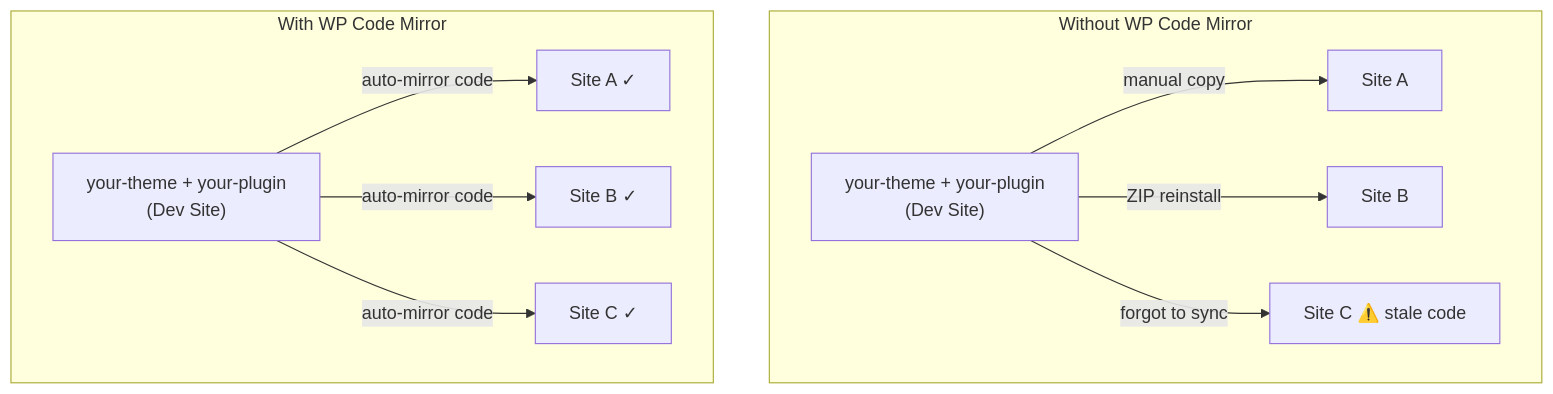
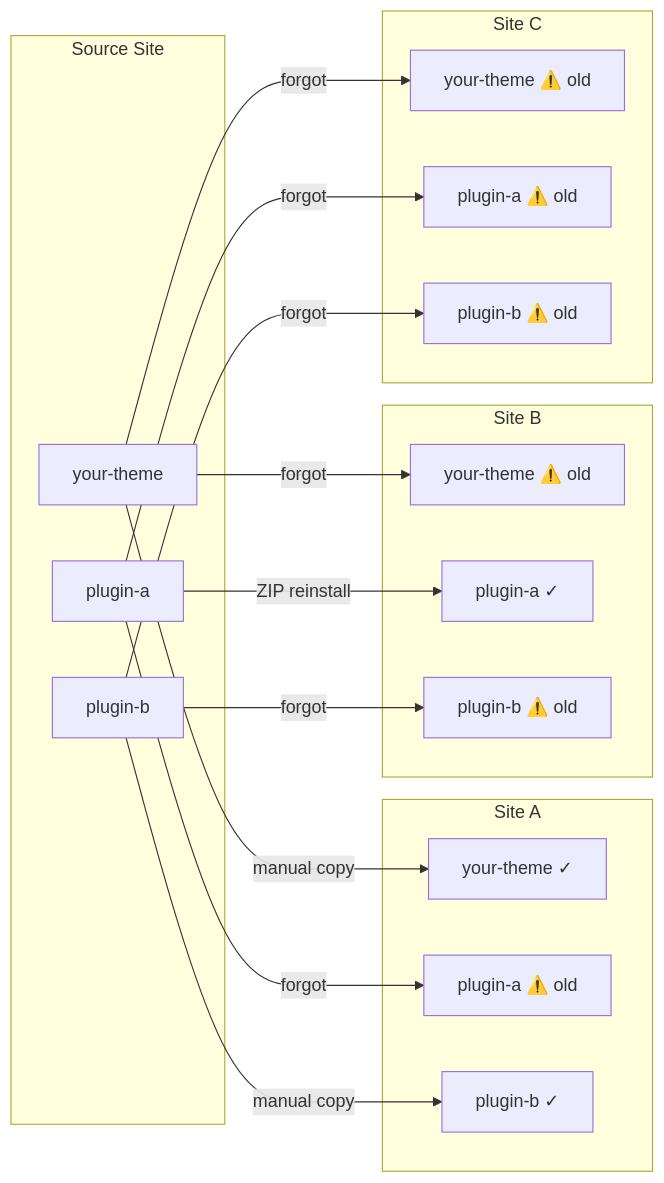
One commit to georgeolaru/wp-code-mirror changed the first of 2 diagrams in README.md. Above: the diagram before and after it, drawn with Mermaid. The commit also changed other lines of this file, not shown here.

Commit message:
docs: replace diagrams with before/after per-item sync comparison

````diff
--- a/README.md
+++ b/README.md
@@ -52,14 +54,36 @@
 ```mermaid
-flowchart TD
-    subgraph BEFORE["Without WP Code Mirror"]
-        Dev["your-theme + your-plugin\n(Dev Site)"] -->|"manual copy"| A["Site A"]
-        Dev -->|"ZIP reinstall"| B["Site B"]
-        Dev -->|"forgot to sync"| C["Site C ⚠️ stale code"]
+flowchart LR
+    subgraph SOURCE["Source Site"]
+        Theme["your-theme"]
+        PluginA["plugin-a"]
+        PluginB["plugin-b"]
     end
 
-    subgraph AFTER["With WP Code Mirror"]
-        Source["your-theme + your-plugin\n(Dev Site)"] -->|"auto-mirror code"| X["Site A ✓"]
-        Source -->|"auto-mirror code"| Y["Site B ✓"]
-        Source -->|"auto-mirror code"| Z["Site C ✓"]
+    subgraph SITE_A["Site A"]
+        A_Theme["your-theme ✓"]
+        A_PluginA["plugin-a ⚠️ old"]
+        A_PluginB["plugin-b ✓"]
     end
+
+    subgraph SITE_B["Site B"]
+        B_Theme["your-theme ⚠️ old"]
+        B_PluginA["plugin-a ✓"]
+        B_PluginB["plugin-b ⚠️ old"]
+    end
+
+    subgraph SITE_C["Site C"]
+        C_Theme["your-theme ⚠️ old"]
+        C_PluginA["plugin-a ⚠️ old"]
+        C_PluginB["plugin-b ⚠️ old"]
+    end
+
+    Theme -->|"manual copy"| A_Theme
+    Theme -->|"forgot"| B_Theme
+    Theme -->|"forgot"| C_Theme
+    PluginA -->|"forgot"| A_PluginA
+    PluginA -->|"ZIP reinstall"| B_PluginA
+    PluginA -->|"forgot"| C_PluginA
+    PluginB -->|"manual copy"| A_PluginB
+    PluginB -->|"forgot"| B_PluginB
+    PluginB -->|"forgot"| C_PluginB
 ```
````
